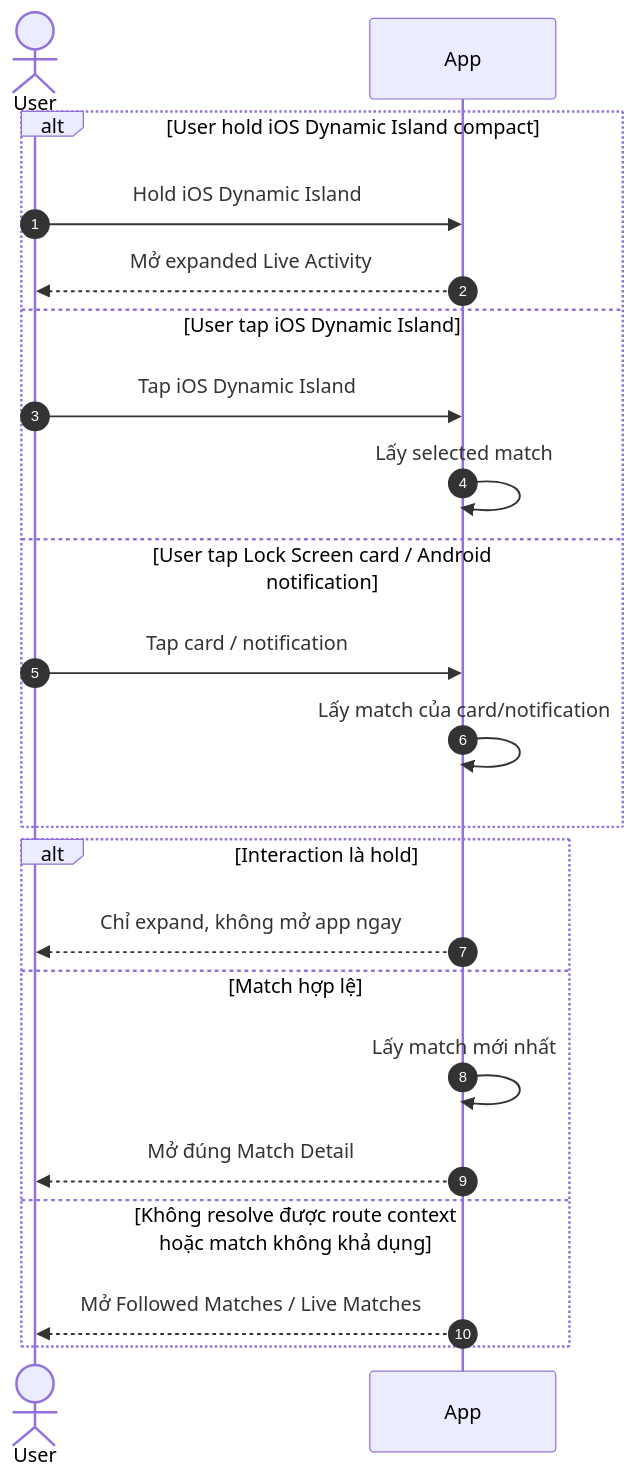
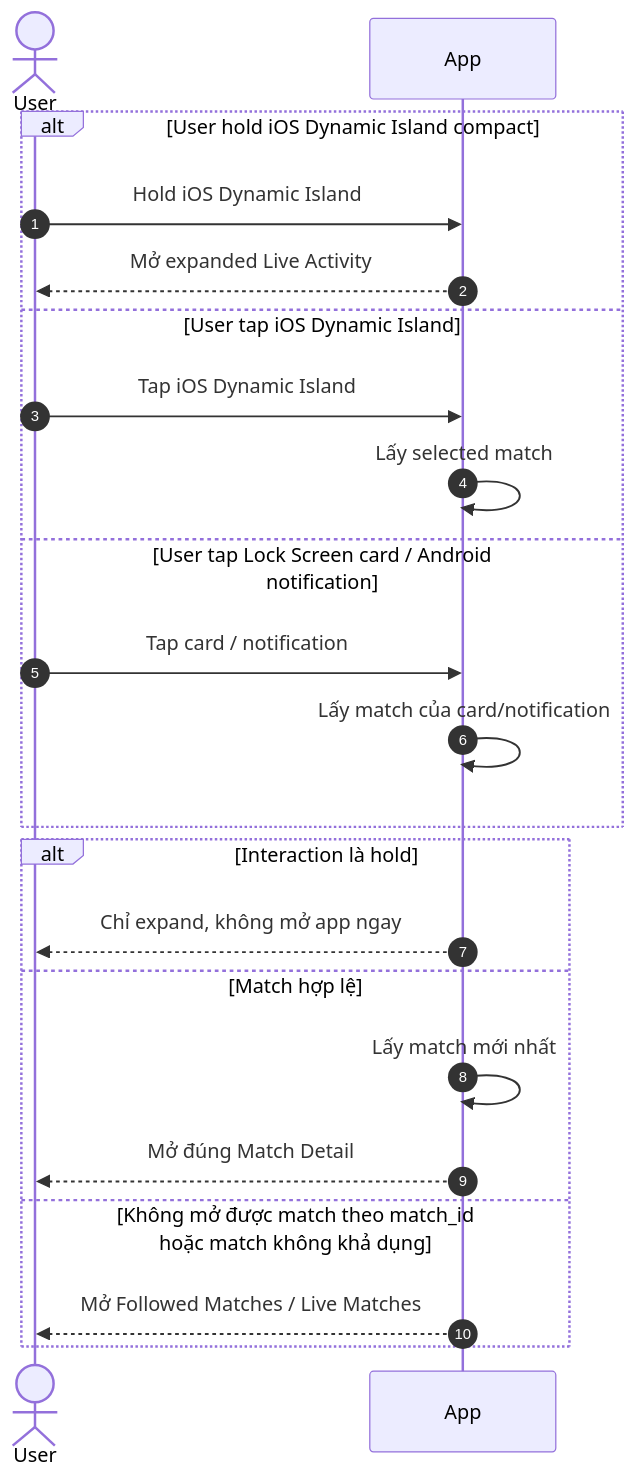
One commit to duongdang1136/FPTPLay changed the fourth of 4 diagrams in features/final-docs/Sport-Zone/Live-Activity/product/live-activity-user-flows-functional-requirements.md. Above: the diagram before and after it, drawn with Mermaid. The commit also changed other lines of this file, not shown here.

Commit message:
docs: route live activity by match id

````diff
--- a/features/final-docs/Sport-Zone/Live-Activity/product/live-activity-user-flows-functional-requirements.md
+++ b/features/final-docs/Sport-Zone/Live-Activity/product/live-activity-user-flows-functional-requirements.md
@@ -407,27 +409,27 @@
 ```mermaid
 sequenceDiagram
     autonumber
 
     actor User as User
     participant App
 
     alt User hold iOS Dynamic Island compact
         User->>App: Hold iOS Dynamic Island
         App-->>User: Mở expanded Live Activity
     else User tap iOS Dynamic Island
         User->>App: Tap iOS Dynamic Island
         App->>App: Lấy selected match
     else User tap Lock Screen card / Android notification
         User->>App: Tap card / notification
         App->>App: Lấy match của card/notification
     end
 
     alt Interaction là hold
         App-->>User: Chỉ expand, không mở app ngay
     else Match hợp lệ
         App->>App: Lấy match mới nhất
         App-->>User: Mở đúng Match Detail
-    else Không resolve được route context hoặc match không khả dụng
+    else Không mở được match theo match_id hoặc match không khả dụng
         App-->>User: Mở Followed Matches / Live Matches
     end
 ```
````
